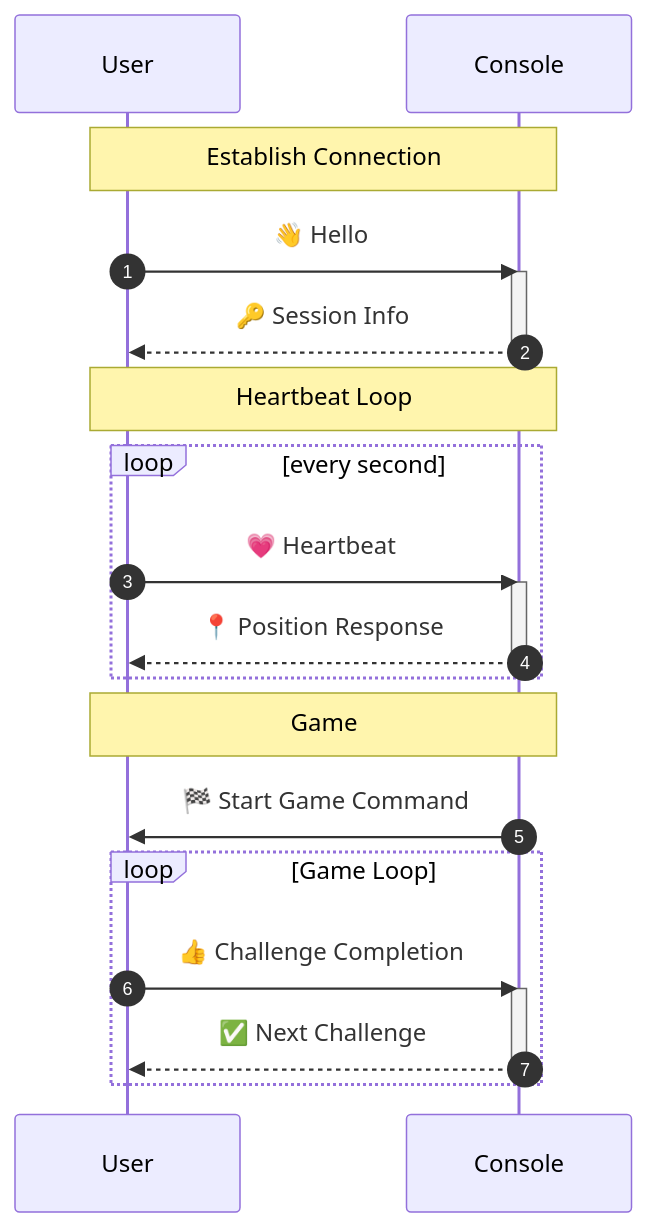
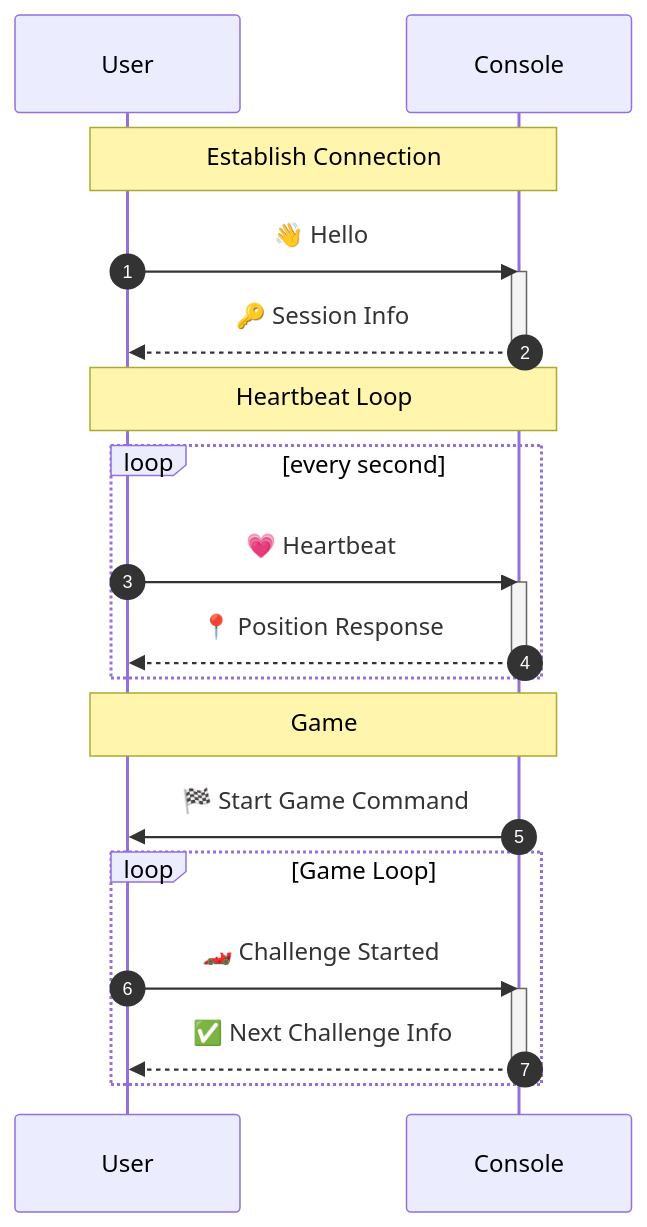
One commit to jiachenyee/ExploreAbility changed the diagram in Communication.md. Above: the diagram before and after it, drawn with Mermaid. The commit also changed other lines of this file, not shown here.

````diff
--- a/Communication.md
+++ b/Communication.md
@@ -4,30 +4,30 @@
 ```mermaid
 sequenceDiagram
     autonumber
     participant U as User
     participant C as Console
     
     Note over U, C: Establish Connection
     U->>C: 👋 Hello
     activate C
     C-->>U: 🔑 Session Info
     deactivate C
     
     Note over U, C: Heartbeat Loop
     loop every second
         U->>C: 💗 Heartbeat
         activate C
         C-->>U: 📍 Position Response
         deactivate C
     end
     
     Note over U, C: Game
     C->>U: 🏁 Start Game Command
     
     loop Game Loop
-        U->>C: 👍 Challenge Completion
+        U->>C: 🏎️ Challenge Started
         activate C
-        C-->>U: ✅ Next Challenge
+        C-->>U: ✅ Next Challenge Info
         deactivate C
     end
 ```
````
